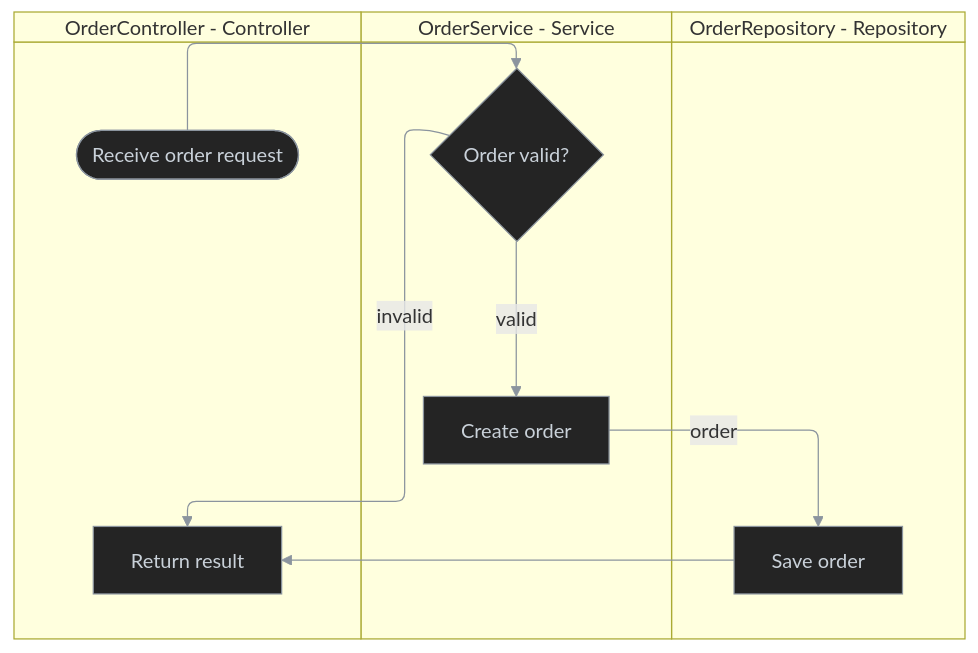
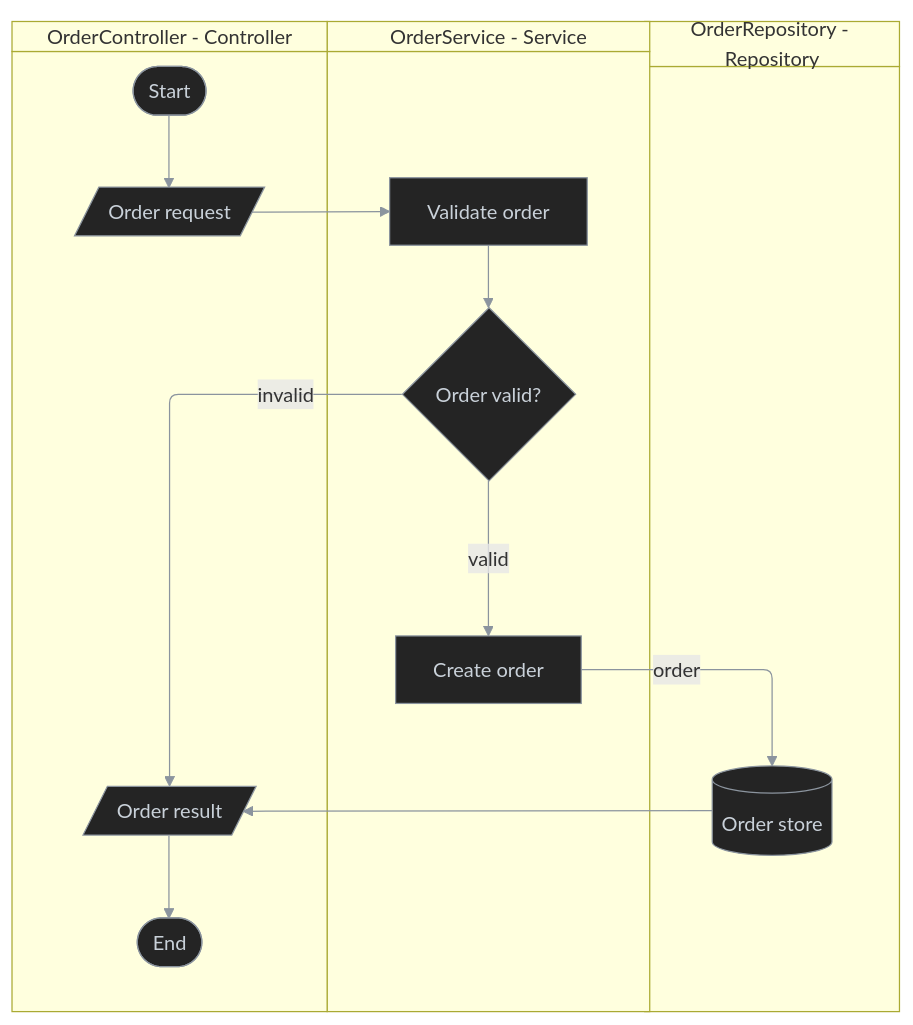
Before and after one commit to antshc/brain: the fifth of 8 diagrams in plugins/wf/skills/behavior-diagram/README.md, drawn with Mermaid. The commit also changed other lines of this file, not shown here.

Commit message:
Extend behavior diagram examples and prompts

````diff
--- a/plugins/wf/skills/behavior-diagram/README.md
+++ b/plugins/wf/skills/behavior-diagram/README.md
@@ -100,28 +139,29 @@
 ```mermaid
 %%{init: {'themeVariables': {'lineColor': '#8b949e'}}}%%
 swimlane-beta TB
   accTitle: Order service internal ownership
   accDescr: Shows responsibility moving between controller, service, and repository components inside the order service.
 
   subgraph controller [OrderController - Controller]
-    receive([Receive order request])
-    returnResult[Return result]
+    start([Start])
+    receive[/Order request/]
+    returnResult[/Order result/]
+    endNode([End])
   end
 
   subgraph service [OrderService - Service]
-    validate{Order valid?}
+    validate[Validate order]
+    valid{Order valid?}
     createOrder[Create order]
   end
 
   subgraph repository [OrderRepository - Repository]
-    saveOrder[Save order]
+    saveOrder[(Order store)]
   end
 
-  receive --> validate
-  validate -->|invalid| returnResult
-  validate -->|valid| createOrder
-  createOrder -->|order| saveOrder
-  saveOrder --> returnResult
+  start --> receive --> validate --> valid
+  valid -->|invalid| returnResult
+  valid -->|valid| createOrder -->|order| saveOrder --> returnResult --> endNode
 
   classDef default fill:#242424,stroke:#8b949e,color:#c9d1d9,stroke-width:1px
 ```
````
